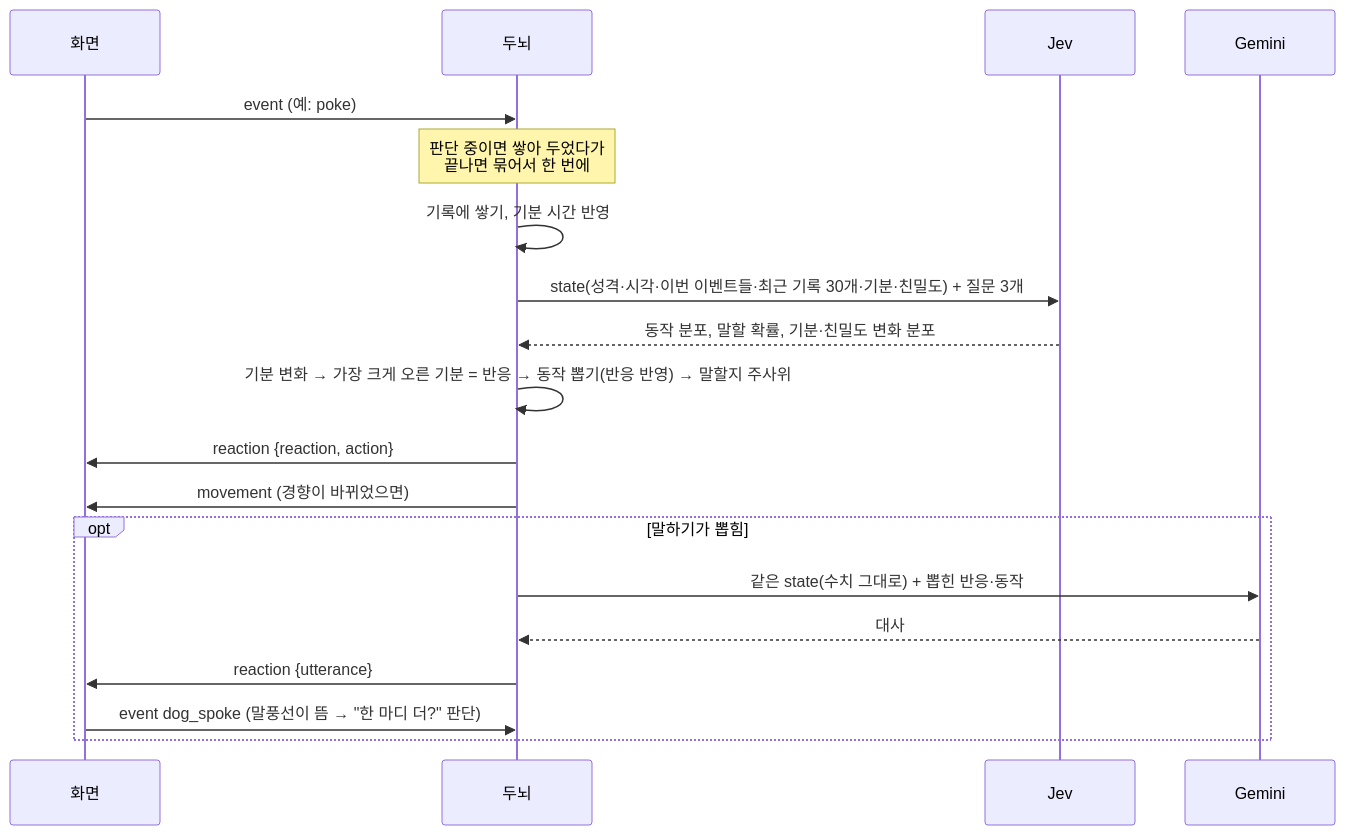
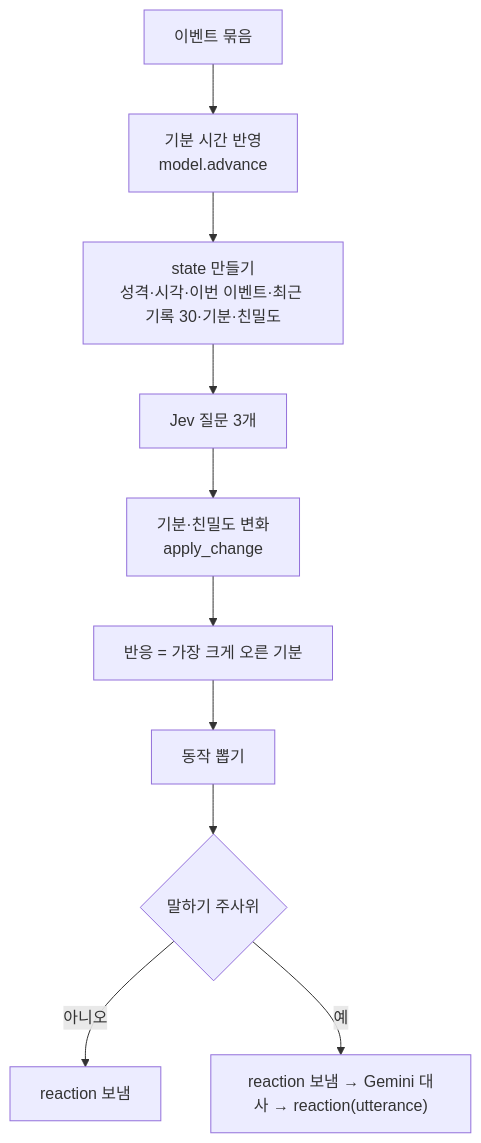
The third of 5 diagrams in ARCHITECTURE.md (HEOSEONGILml/AssistantChatBot), drawn with Mermaid before and after one commit. The commit also changed other lines of this file, not shown here.

Commit message:
docs: ARCHITECTURE 새로 작성(feat/brain-v2 기준, 구조·동작만, 코드와 대조)

````diff
--- a/ARCHITECTURE.md
+++ b/ARCHITECTURE.md
@@ -99,21 +166,12 @@
 ```mermaid
-sequenceDiagram
-  participant 화면
-  participant 두뇌
-  participant Jev
-  participant Gemini
-  화면->>두뇌: event (예: poke)
-  Note over 두뇌: 판단 중이면 쌓아 두었다가<br>끝나면 묶어서 한 번에
-  두뇌->>두뇌: 기록에 쌓기, 기분 시간 반영
-  두뇌->>Jev: state(성격·시각·이번 이벤트들·최근 기록 30개·기분·친밀도) + 질문 3개
-  Jev-->>두뇌: 동작 분포, 말할 확률, 기분·친밀도 변화 분포
-  두뇌->>두뇌: 기분 변화 → 가장 크게 오른 기분 = 반응 → 동작 뽑기(반응 반영) → 말할지 주사위
-  두뇌->>화면: reaction {reaction, action}
-  두뇌->>화면: movement (경향이 바뀌었으면)
-  opt 말하기가 뽑힘
-    두뇌->>Gemini: 같은 state(수치 그대로) + 뽑힌 반응·동작
-    Gemini-->>두뇌: 대사
-    두뇌->>화면: reaction {utterance}
-    화면->>두뇌: event dog_spoke (말풍선이 뜸 → "한 마디 더?" 판단)
-  end
+flowchart TB
+  B["이벤트 묶음"] --> A["기분 시간 반영<br>model.advance"]
+  A --> S["state 만들기<br>성격·시각·이번 이벤트·최근 기록 30·기분·친밀도"]
+  S --> J["Jev 질문 3개"]
+  J --> C["기분·친밀도 변화<br>apply_change"]
+  C --> R["반응 = 가장 크게 오른 기분"]
+  R --> ACT["동작 뽑기"]
+  ACT --> SP{"말하기 주사위"}
+  SP -- "아니오" --> OUT1["reaction 보냄"]
+  SP -- "예" --> OUT2["reaction 보냄 → Gemini 대사 → reaction(utterance)"]
 ```
````
